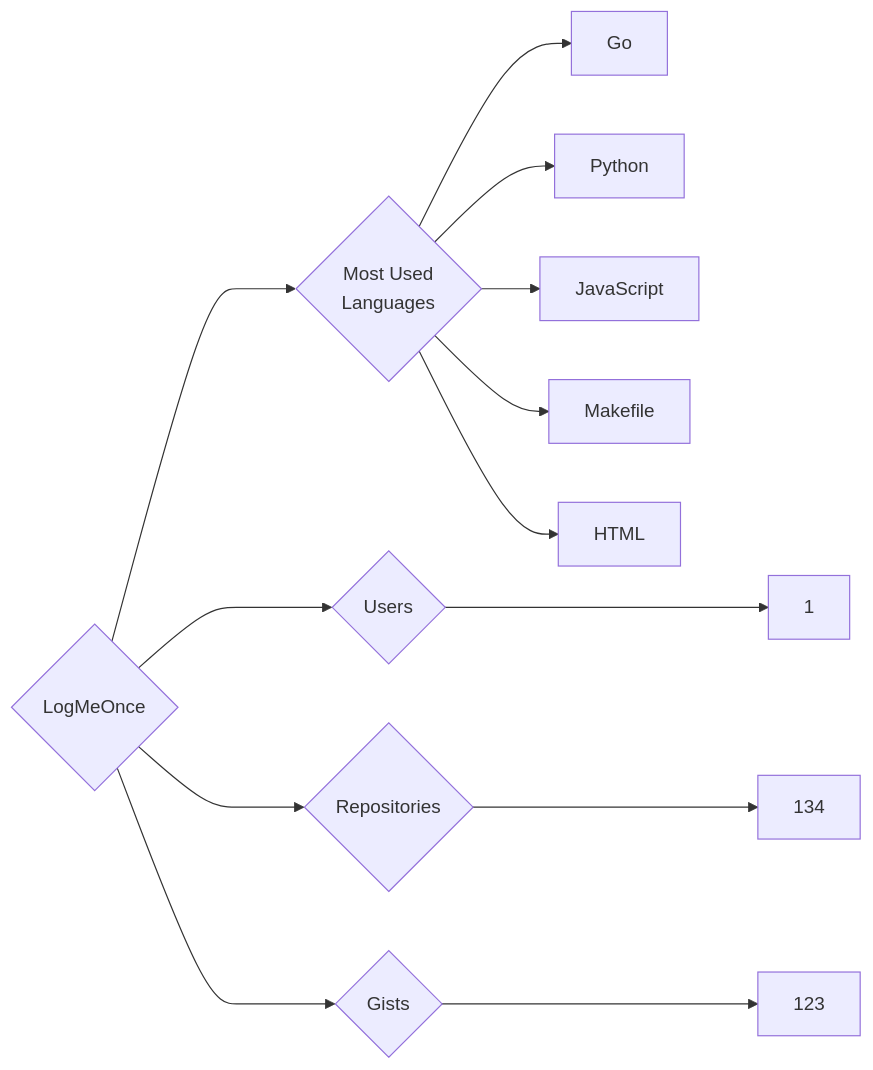
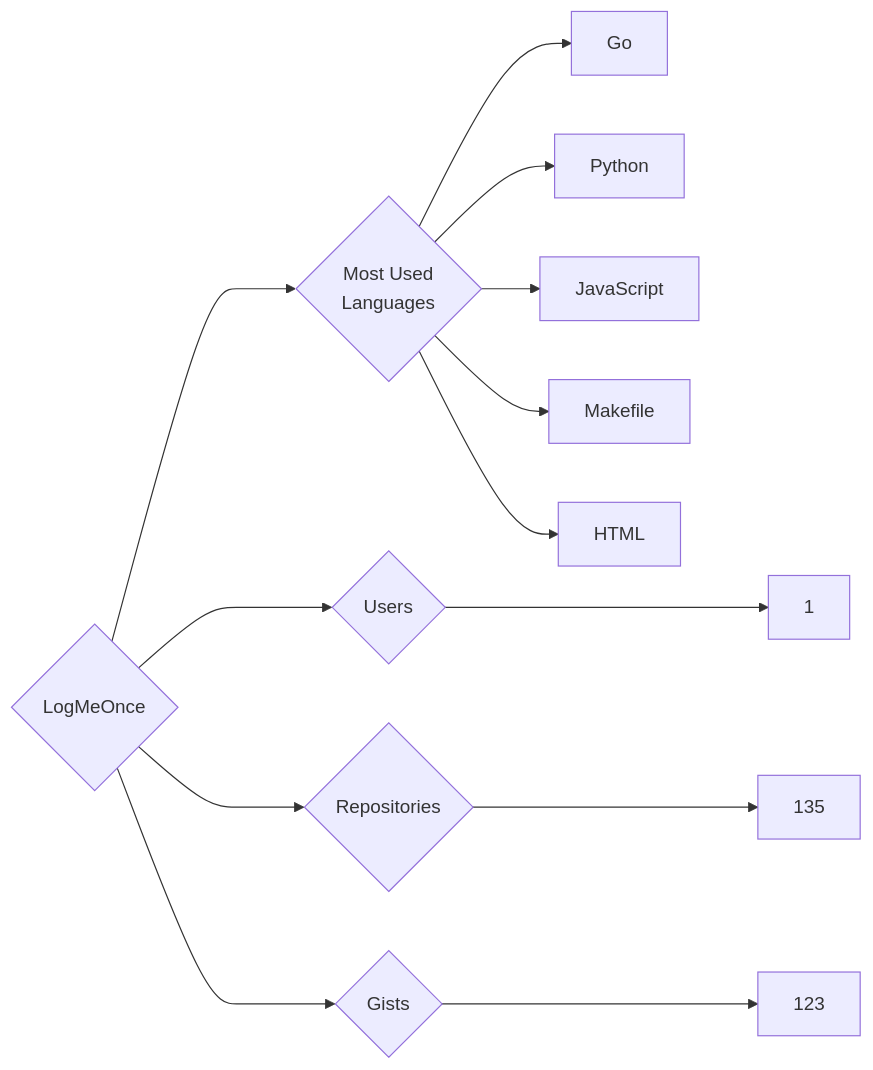
Before and after one commit to trickest/insiders: the diagram in targets/LogMeOnce/README.md, drawn with Mermaid. The commit also changed 610 other files, not shown here.

````diff
--- a/targets/LogMeOnce/README.md
+++ b/targets/LogMeOnce/README.md
@@ -3,13 +3,13 @@
 ```mermaid
 graph LR
 COMPANY_NAME{LogMeOnce}
 COMPANY_NAME ---> U{Users} ---> UN[1]
-COMPANY_NAME ---> R{Repositories} ---> RN[134]
+COMPANY_NAME ---> R{Repositories} ---> RN[135]
 COMPANY_NAME ---> G{Gists} ---> GN[123]
 COMPANY_NAME ---> ML{Most Used<br>Languages}
 ML --> Go[Go]
 ML --> Python[Python]
 ML --> JavaScript[JavaScript]
 ML --> Makefile[Makefile]
 ML --> HTML[HTML]
 ```
````
